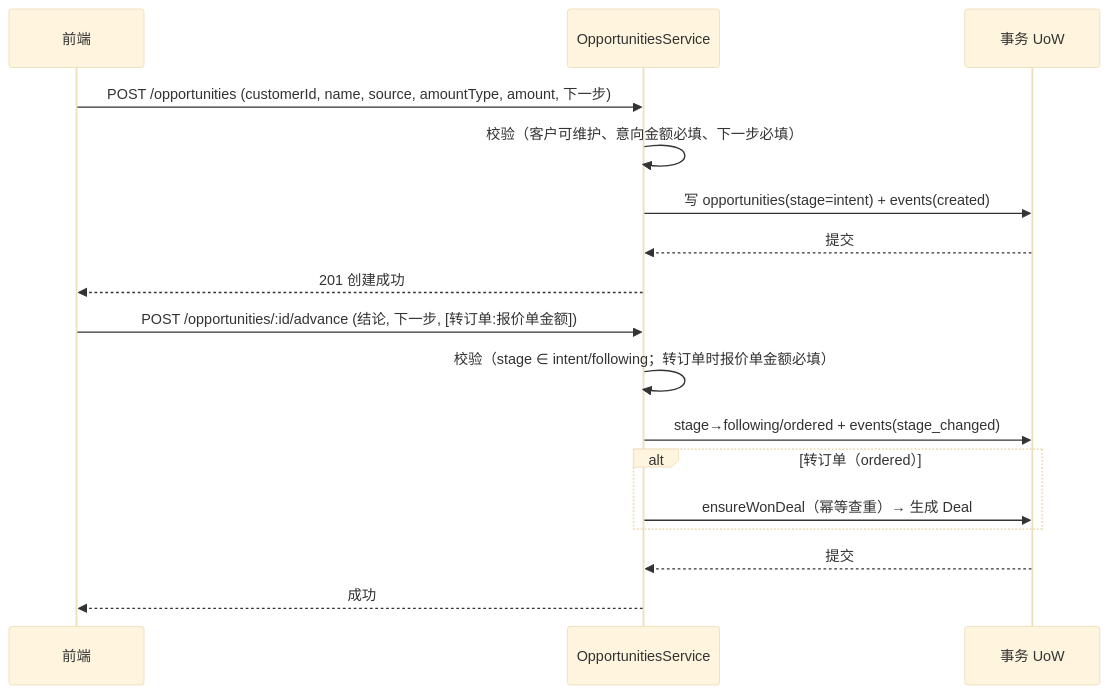
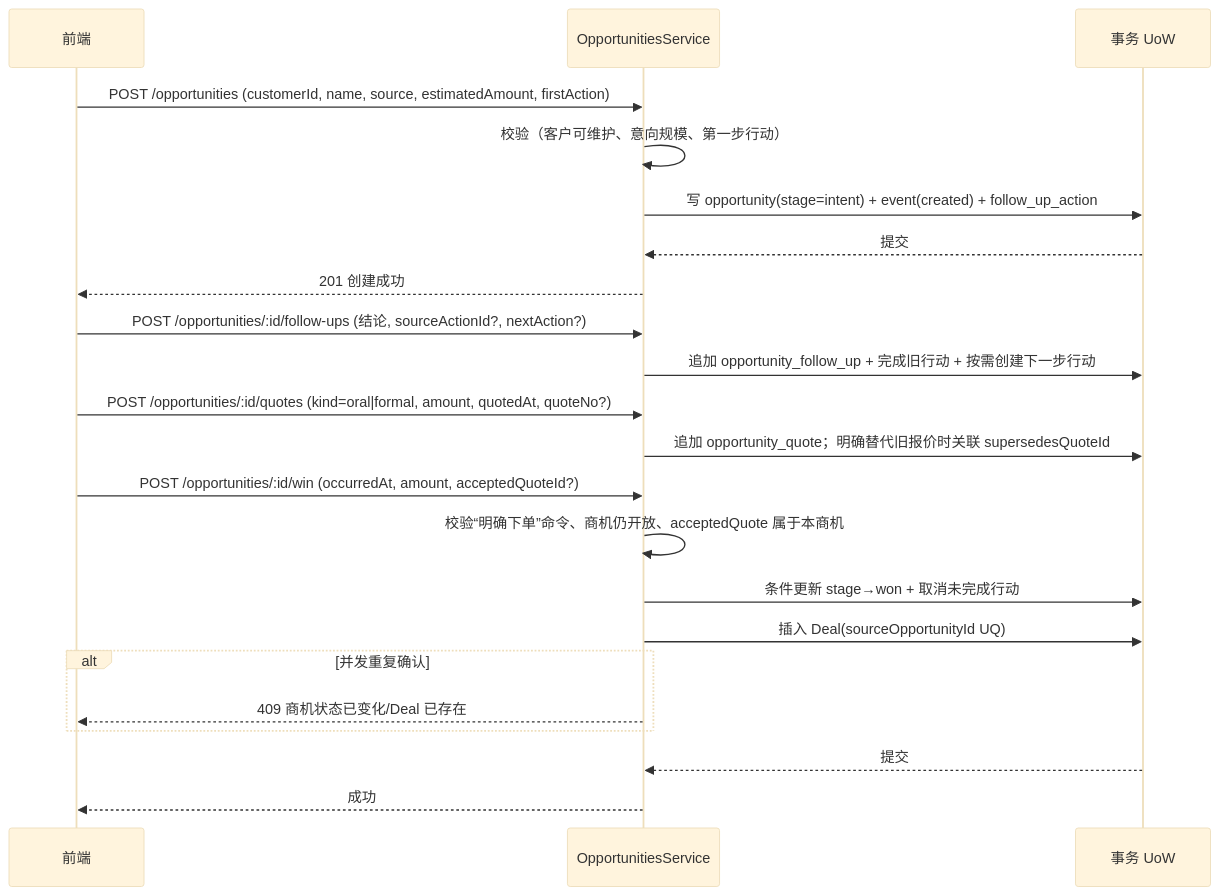
Diagram 17 of 26 in docs/重构架构决策与实施蓝图.md (lixiname/LITECRM), drawn with Mermaid (base theme) before and after one commit. The commit also changed other lines of this file and 8 other files, not shown here.

````diff
--- a/docs/重构架构决策与实施蓝图.md
+++ b/docs/重构架构决策与实施蓝图.md
@@ -990,19 +1057,24 @@
 ```mermaid
 sequenceDiagram
     participant C as 前端
     participant S as OpportunitiesService
     participant D as 事务 UoW
-    C->>S: POST /opportunities (customerId, name, source, amountType, amount, 下一步)
-    S->>S: 校验（客户可维护、意向金额必填、下一步必填）
-    S->>D: 写 opportunities(stage=intent) + events(created)
+    C->>S: POST /opportunities (customerId, name, source, estimatedAmount, firstAction)
+    S->>S: 校验（客户可维护、意向规模、第一步行动）
+    S->>D: 写 opportunity(stage=intent) + event(created) + follow_up_action
     D-->>S: 提交
     S-->>C: 201 创建成功
-    C->>S: POST /opportunities/:id/advance (结论, 下一步, [转订单:报价单金额])
-    S->>S: 校验（stage ∈ intent/following；转订单时报价单金额必填）
-    S->>D: stage→following/ordered + events(stage_changed)
-    alt 转订单（ordered）
-        S->>D: ensureWonDeal（幂等查重）→ 生成 Deal
+    C->>S: POST /opportunities/:id/follow-ups (结论, sourceActionId?, nextAction?)
+    S->>D: 追加 opportunity_follow_up + 完成旧行动 + 按需创建下一步行动
+    C->>S: POST /opportunities/:id/quotes (kind=oral|formal, amount, quotedAt, quoteNo?)
+    S->>D: 追加 opportunity_quote；明确替代旧报价时关联 supersedesQuoteId
+    C->>S: POST /opportunities/:id/win (occurredAt, amount, acceptedQuoteId?)
+    S->>S: 校验“明确下单”命令、商机仍开放、acceptedQuote 属于本商机
+    S->>D: 条件更新 stage→won + 取消未完成行动
+    S->>D: 插入 Deal(sourceOpportunityId UQ)
+    alt 并发重复确认
+        S-->>C: 409 商机状态已变化/Deal 已存在
     end
     D-->>S: 提交
     S-->>C: 成功
 ```
````
